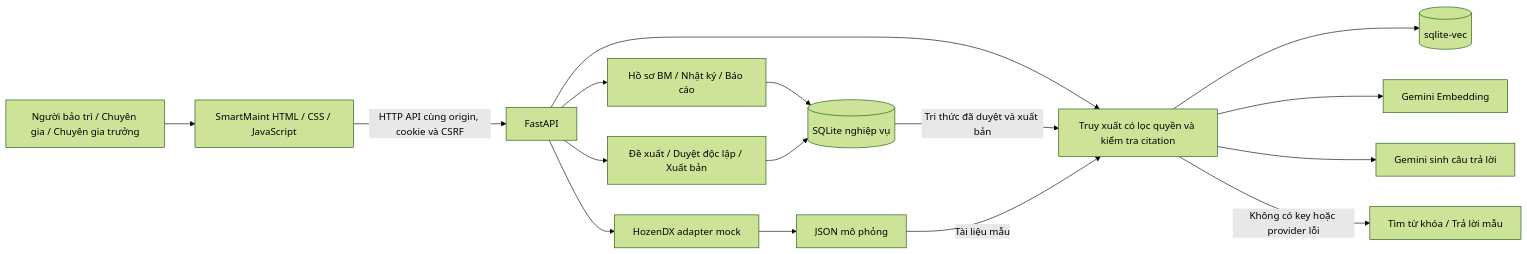
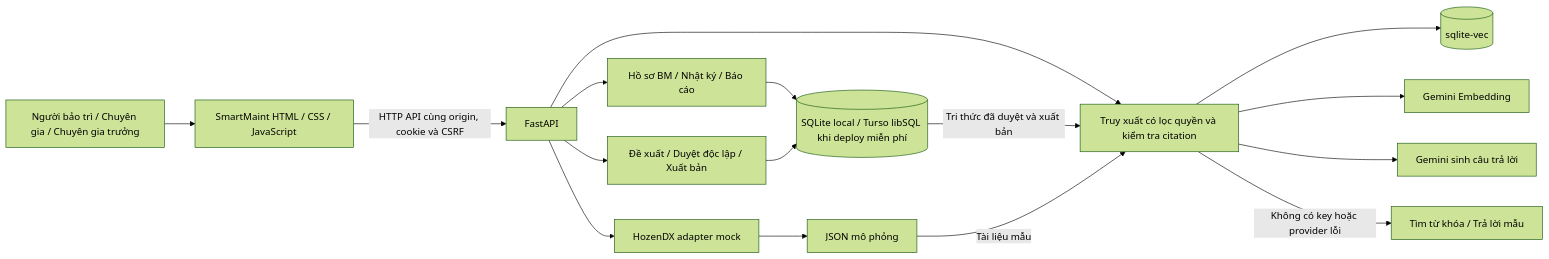
The first of 2 diagrams in README.md (nguyenhoangduong17122005-glitch/DENSO-SmartMaintAI), drawn with Mermaid (forest theme) before and after one commit. The commit also changed other lines of this file and 17 other files, not shown here.

Commit message:
Add free Render hosting with durable Turso libSQL storage

````diff
--- a/README.md
+++ b/README.md
@@ -15,18 +21,18 @@
 ```mermaid
 flowchart LR
     U[Người bảo trì / Chuyên gia / Chuyên gia trưởng] --> UI[SmartMaint HTML / CSS / JavaScript]
     UI -->|HTTP API cùng origin, cookie và CSRF| API[FastAPI]
     API --> BM[Hồ sơ BM / Nhật ký / Báo cáo]
-    BM --> DB[(SQLite nghiệp vụ)]
+    BM --> DB[(SQLite local / Turso libSQL khi deploy miễn phí)]
     API --> KN[Đề xuất / Duyệt độc lập / Xuất bản]
     KN --> DB
     API --> HZ[HozenDX adapter mock]
     HZ --> FX[JSON mô phỏng]
     API --> RAG[Truy xuất có lọc quyền và kiểm tra citation]
     DB -->|Tri thức đã duyệt và xuất bản| RAG
     FX -->|Tài liệu mẫu| RAG
     RAG --> V[(sqlite-vec)]
     RAG --> GE[Gemini Embedding]
     RAG --> G[Gemini sinh câu trả lời]
     RAG -->|Không có key hoặc provider lỗi| OFF[Tìm từ khóa / Trả lời mẫu]
 ```
````
